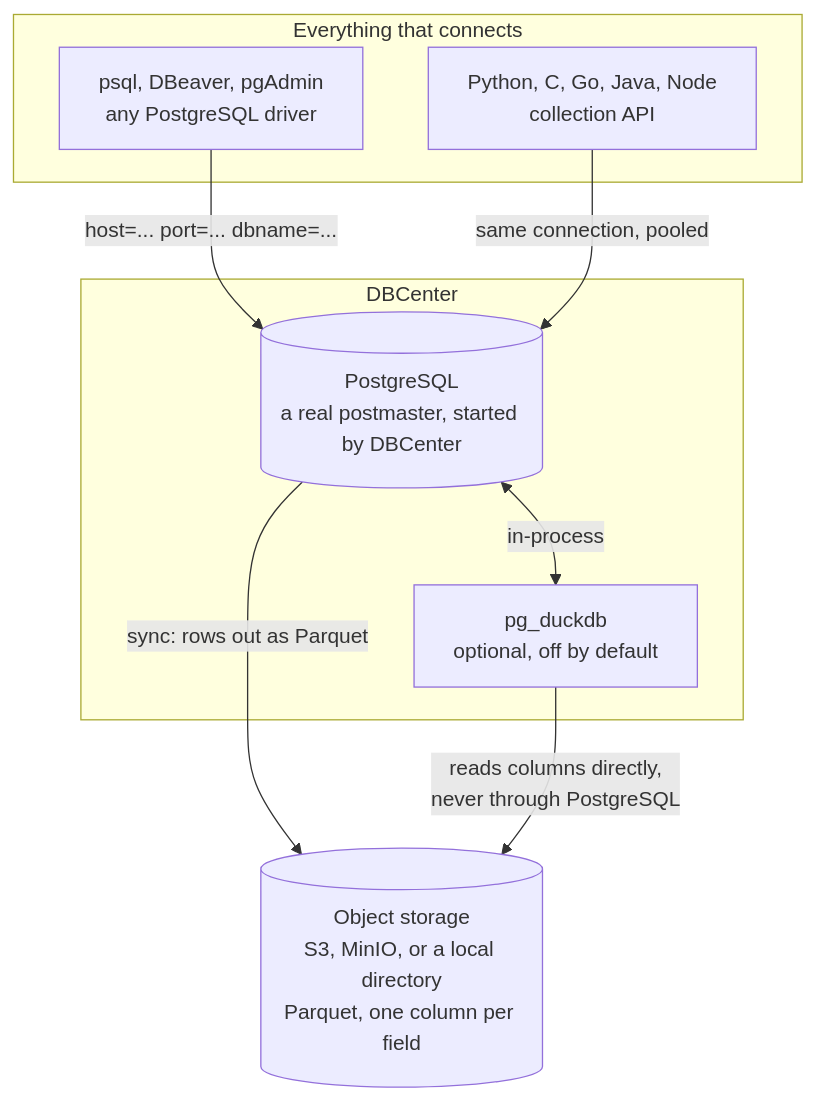
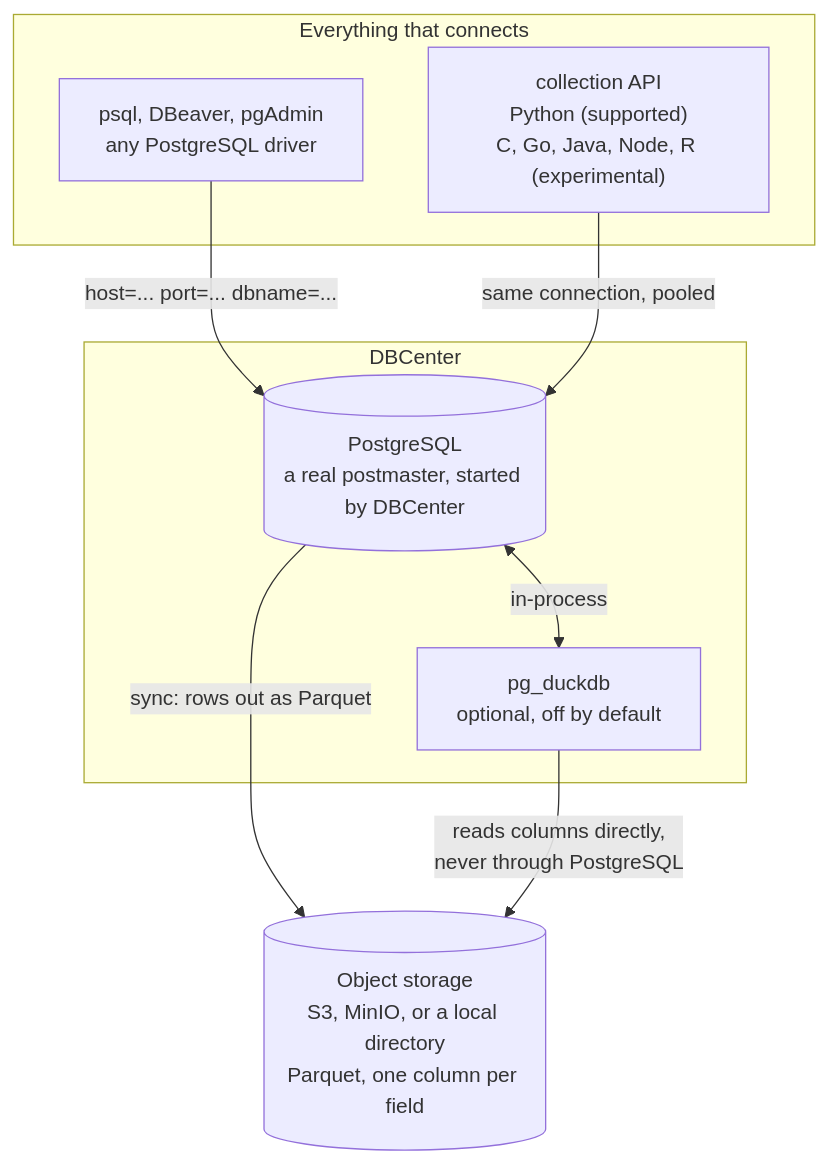
Before and after one commit to heyobi/dbcenter: the first of 5 diagrams in README.md, drawn with Mermaid. The commit also changed other lines of this file and 11 other files, not shown here.

````diff
--- a/README.md
+++ b/README.md
@@ -68,20 +68,20 @@
 ```mermaid
 flowchart TB
     subgraph clients["Everything that connects"]
         driver["psql, DBeaver, pgAdmin<br/>any PostgreSQL driver"]
-        api["Python, C, Go, Java, Node<br/>collection API"]
+        api["collection API<br/>Python (supported)<br/>C, Go, Java, Node, R (experimental)"]
     end
 
     subgraph engine["DBCenter"]
         pg[("PostgreSQL<br/>a real postmaster, started by DBCenter")]
         duck["pg_duckdb<br/>optional, off by default"]
     end
 
     store[("Object storage<br/>S3, MinIO, or a local directory<br/>Parquet, one column per field")]
 
     driver -->|"host=... port=... dbname=..."| pg
     api -->|"same connection, pooled"| pg
     pg <-->|"in-process"| duck
     pg -->|"sync: rows out as Parquet"| store
     duck -->|"reads columns directly,<br/>never through PostgreSQL"| store
 ```
````
